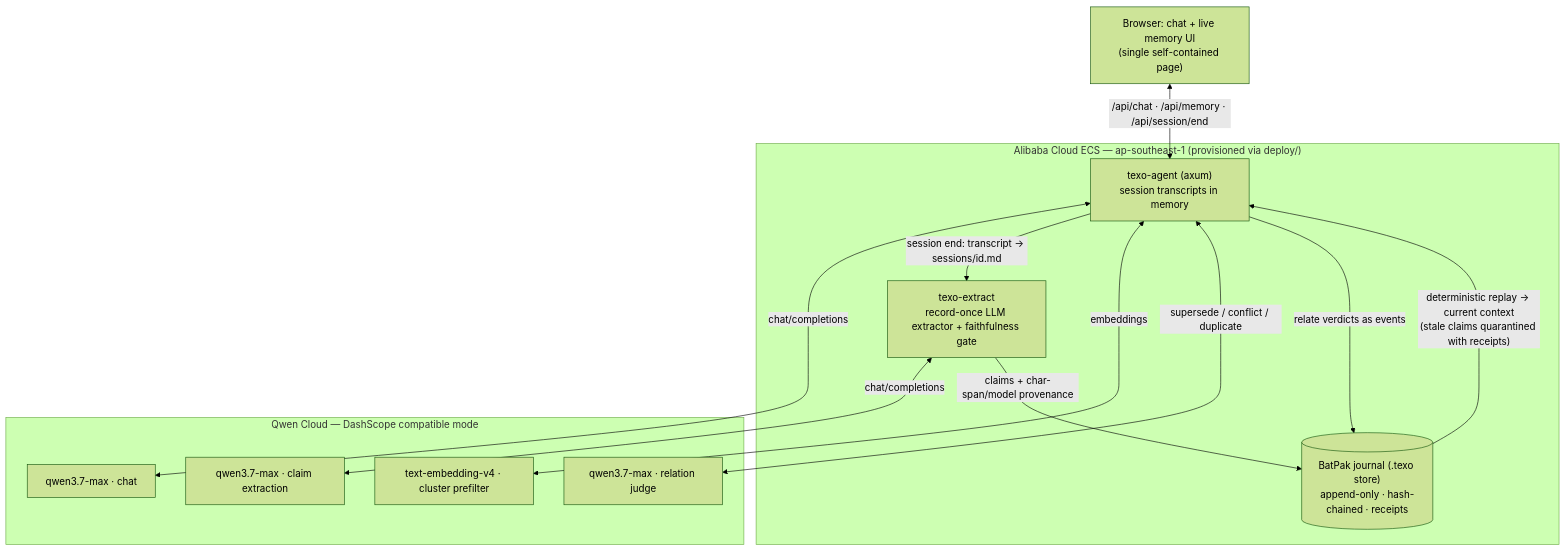
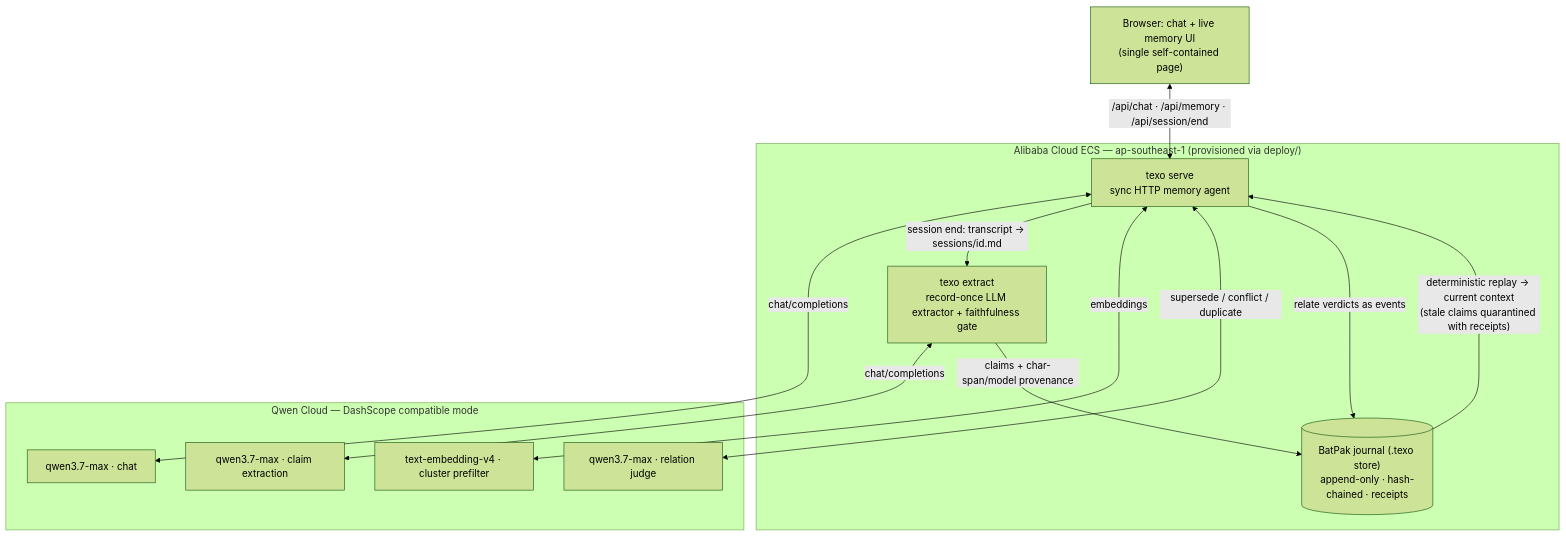
One commit to heyoub/texo changed the diagram in HACKATHON.md. Above: the diagram before and after it, drawn with Mermaid (forest theme). The commit also changed other lines of this file and 165 other files, not shown here.

First paragraph of the commit message:
WO-6: sync MCP, texo-on-texo drift run, one-binary deploy, ADR-003, crates/ deleted

````diff
--- a/HACKATHON.md
+++ b/HACKATHON.md
@@ -114,24 +116,24 @@
 ```mermaid
 flowchart TB
   UI["Browser: chat + live memory UI<br/>(single self-contained page)"]
   subgraph ECS["Alibaba Cloud ECS — ap-southeast-1 (provisioned via deploy/)"]
-    AGENT["texo-agent (axum)<br/>session transcripts in memory"]
-    EXTRACT["texo-extract<br/>record-once LLM extractor + faithfulness gate"]
+    AGENT["texo serve<br/>sync HTTP memory agent"]
+    EXTRACT["texo extract<br/>record-once LLM extractor + faithfulness gate"]
     JOURNAL[("BatPak journal (.texo store)<br/>append-only · hash-chained · receipts")]
   end
   subgraph QWEN["Qwen Cloud — DashScope compatible mode"]
     CHAT["qwen3.7-max · chat"]
     PROP["qwen3.7-max · claim extraction"]
     EMB["text-embedding-v4 · cluster prefilter"]
     JUDGE["qwen3.7-max · relation judge"]
   end
   UI <-->|"/api/chat · /api/memory · /api/session/end"| AGENT
   AGENT <-->|"chat/completions"| CHAT
   AGENT -->|"session end: transcript → sessions/id.md"| EXTRACT
   EXTRACT <-->|"chat/completions"| PROP
   EXTRACT -->|"claims + char-span/model provenance"| JOURNAL
   AGENT <-->|"embeddings"| EMB
   AGENT <-->|"supersede / conflict / duplicate"| JUDGE
   AGENT -->|"relate verdicts as events"| JOURNAL
   JOURNAL -->|"deterministic replay → current context<br/>(stale claims quarantined with receipts)"| AGENT
 ```
````
